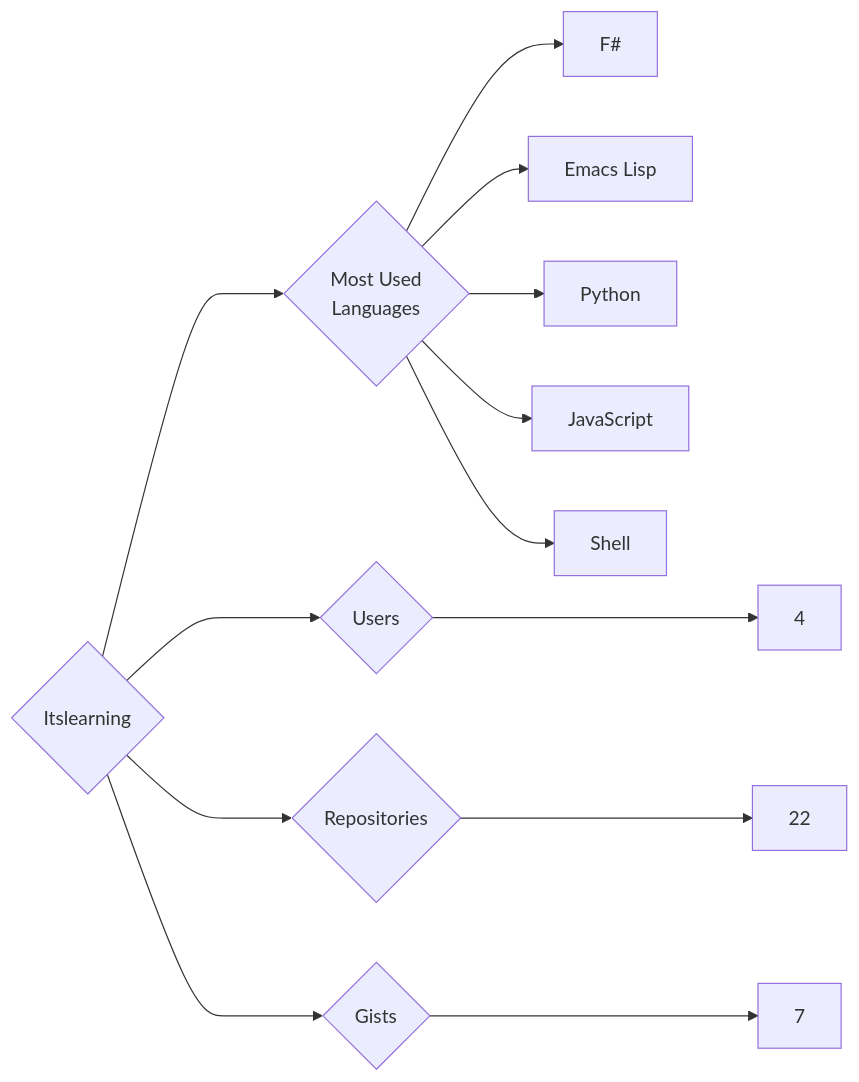
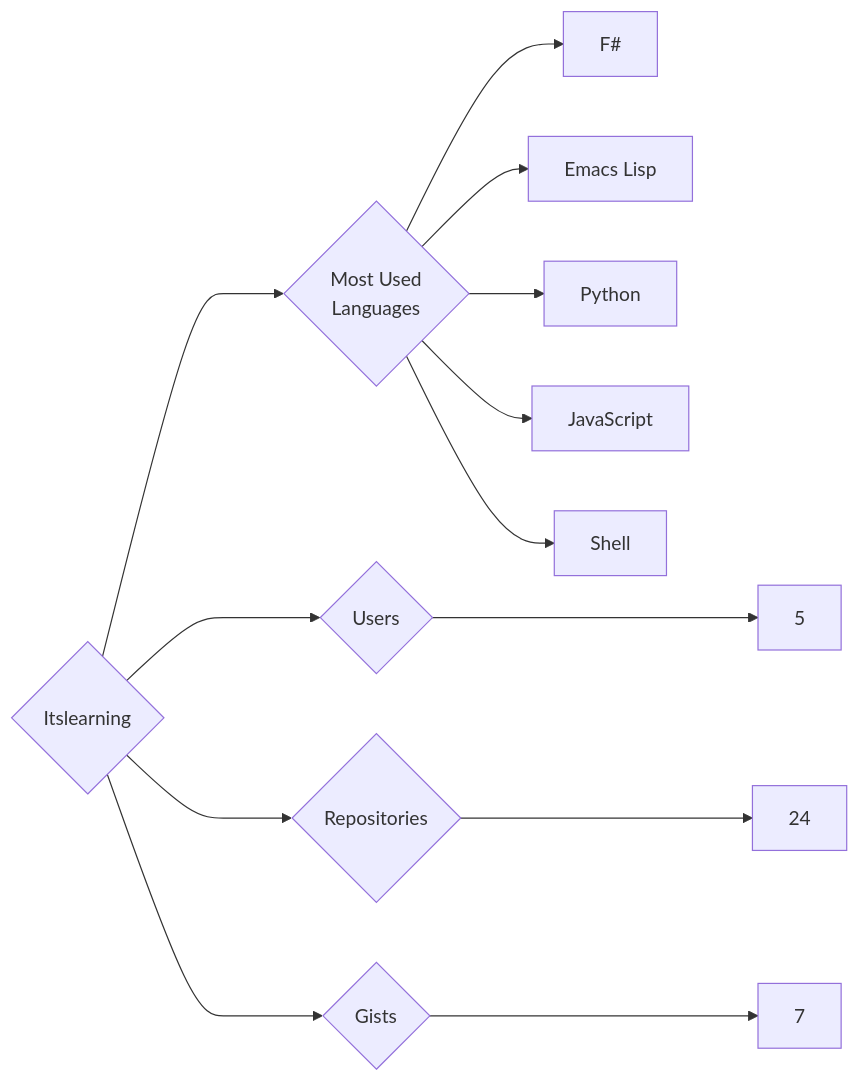
The diagram in targets/Itslearning/README.md (trickest/insiders), drawn with Mermaid before and after one commit. The commit also changed 847 other files, not shown here.

````diff
--- a/targets/Itslearning/README.md
+++ b/targets/Itslearning/README.md
@@ -3,13 +3,13 @@
 ```mermaid
 graph LR
 COMPANY_NAME{Itslearning}
-COMPANY_NAME ---> U{Users} ---> UN[4]
-COMPANY_NAME ---> R{Repositories} ---> RN[22]
+COMPANY_NAME ---> U{Users} ---> UN[5]
+COMPANY_NAME ---> R{Repositories} ---> RN[24]
 COMPANY_NAME ---> G{Gists} ---> GN[7]
 COMPANY_NAME ---> ML{Most Used<br>Languages}
 ML --> F#[F#]
 ML --> Emacs_Lisp[Emacs Lisp]
 ML --> Python[Python]
 ML --> JavaScript[JavaScript]
 ML --> Shell[Shell]
 ```
````
